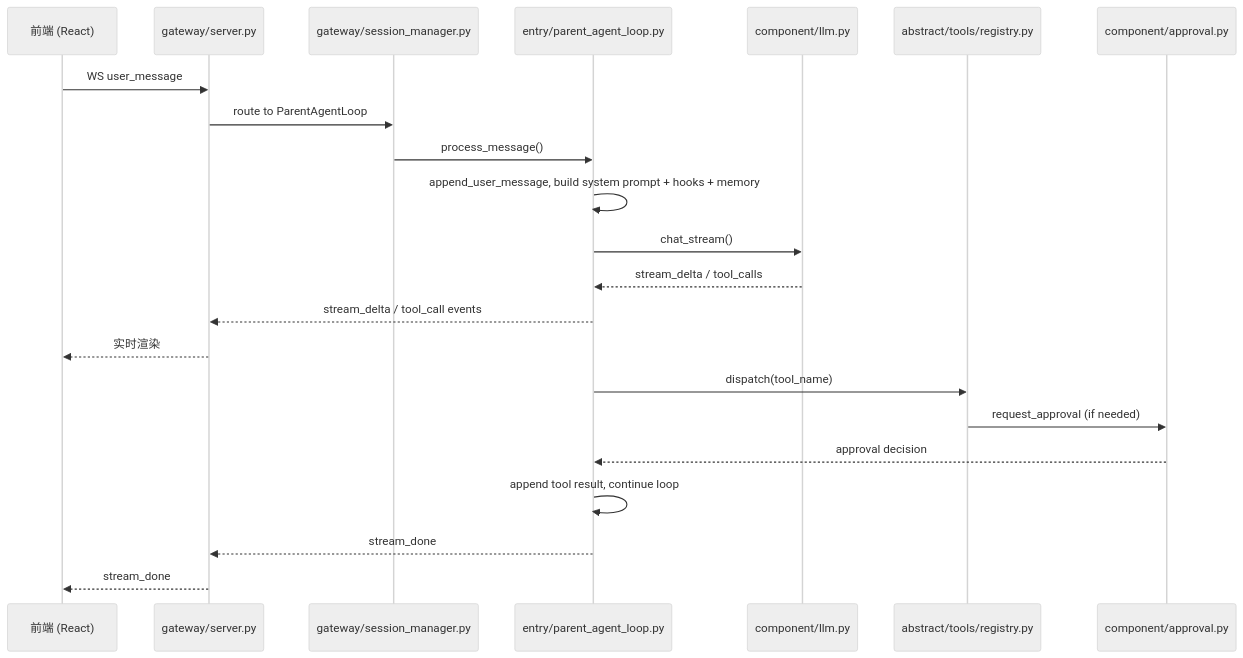
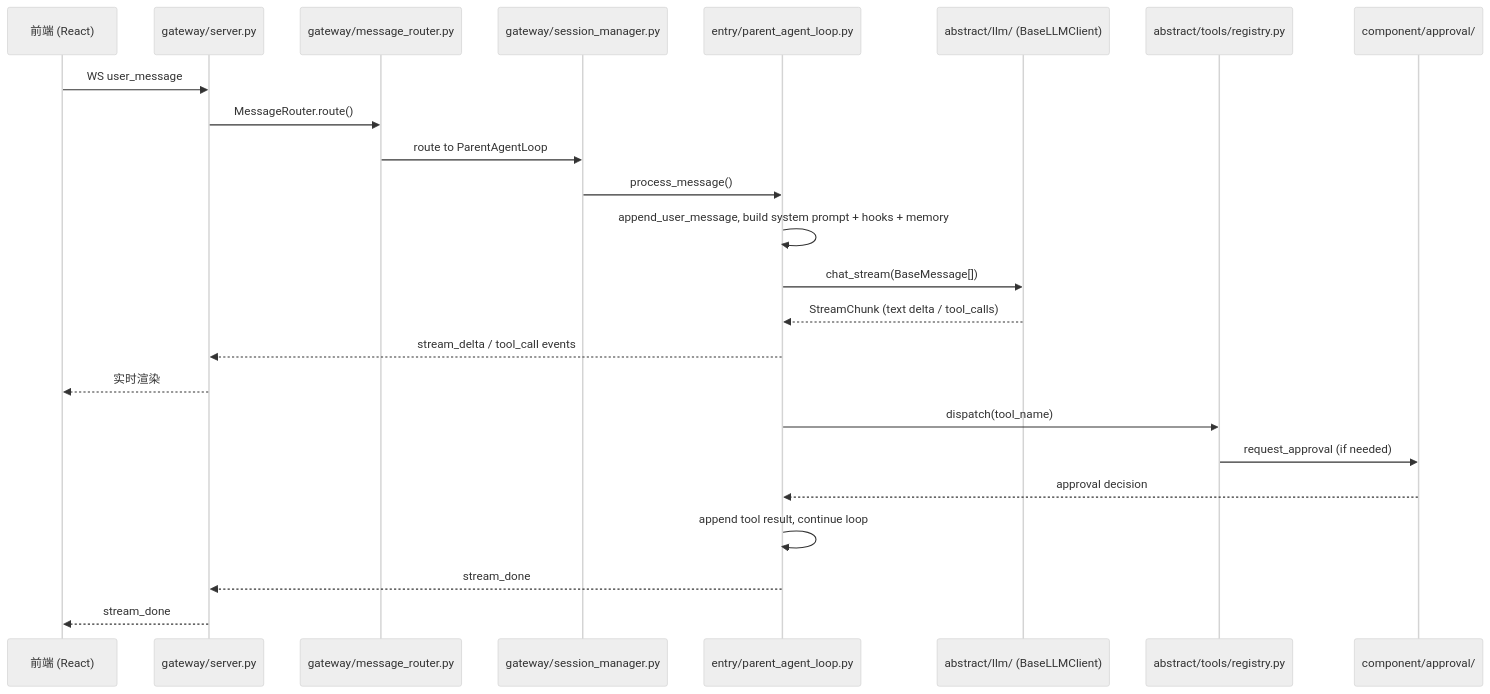
The diagram in DEV-README.md (NINEMINEsigma/evolve-agent), drawn with Mermaid (neutral theme) before and after one commit. The commit also changed other lines of this file and 8 other files, not shown here.

````diff
--- a/DEV-README.md
+++ b/DEV-README.md
@@ -73,25 +71,27 @@
 ```mermaid
 sequenceDiagram
     participant FE as 前端 (React)
     participant GW as gateway/server.py
+    participant MR as gateway/message_router.py
     participant SM as gateway/session_manager.py
     participant PAL as entry/parent_agent_loop.py
-    participant LLM as component/llm.py
+    participant LLM as abstract/llm/ (BaseLLMClient)
     participant TR as abstract/tools/registry.py
-    participant APP as component/approval.py
+    participant APP as component/approval/
 
     FE->>GW: WS user_message
-    GW->>SM: route to ParentAgentLoop
+    GW->>MR: MessageRouter.route()
+    MR->>SM: route to ParentAgentLoop
     SM->>PAL: process_message()
     PAL->>PAL: append_user_message, build system prompt + hooks + memory
-    PAL->>LLM: chat_stream()
-    LLM-->>PAL: stream_delta / tool_calls
+    PAL->>LLM: chat_stream(BaseMessage[])
+    LLM-->>PAL: StreamChunk (text delta / tool_calls)
     PAL-->>GW: stream_delta / tool_call events
     GW-->>FE: 实时渲染
     PAL->>TR: dispatch(tool_name)
     TR->>APP: request_approval (if needed)
     APP-->>PAL: approval decision
     PAL->>PAL: append tool result, continue loop
     PAL-->>GW: stream_done
     GW-->>FE: stream_done
 ```
````
